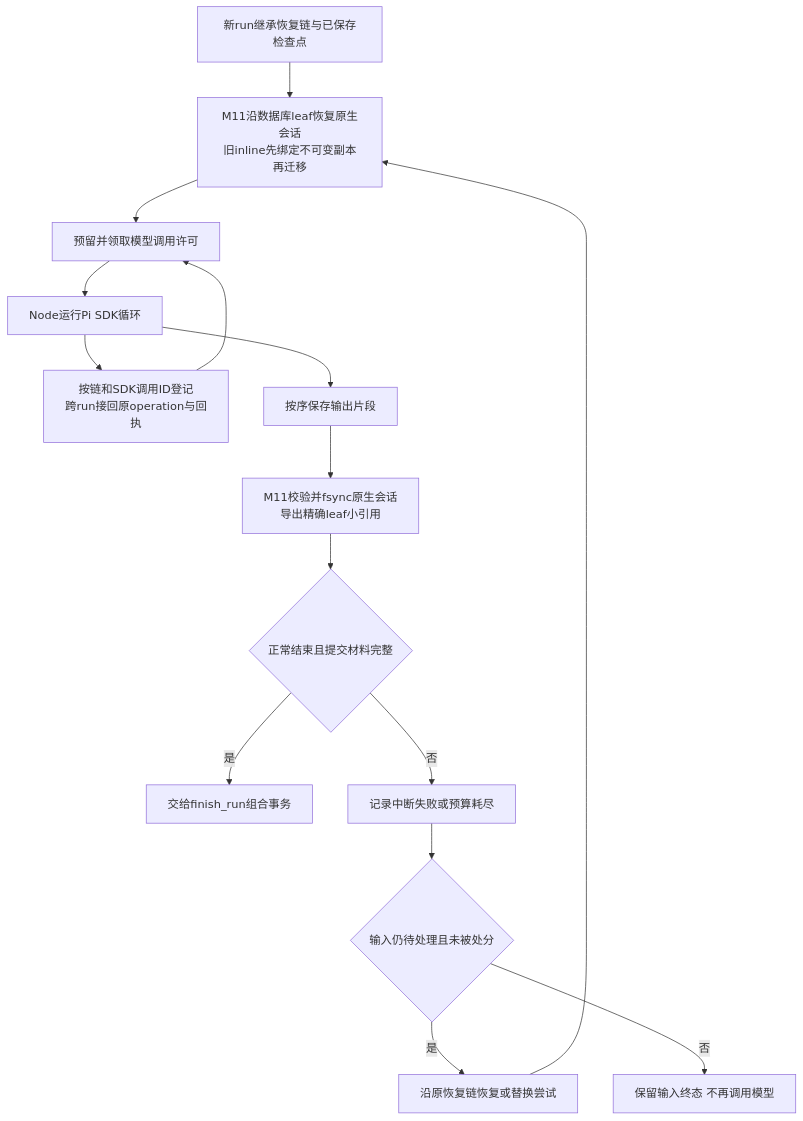
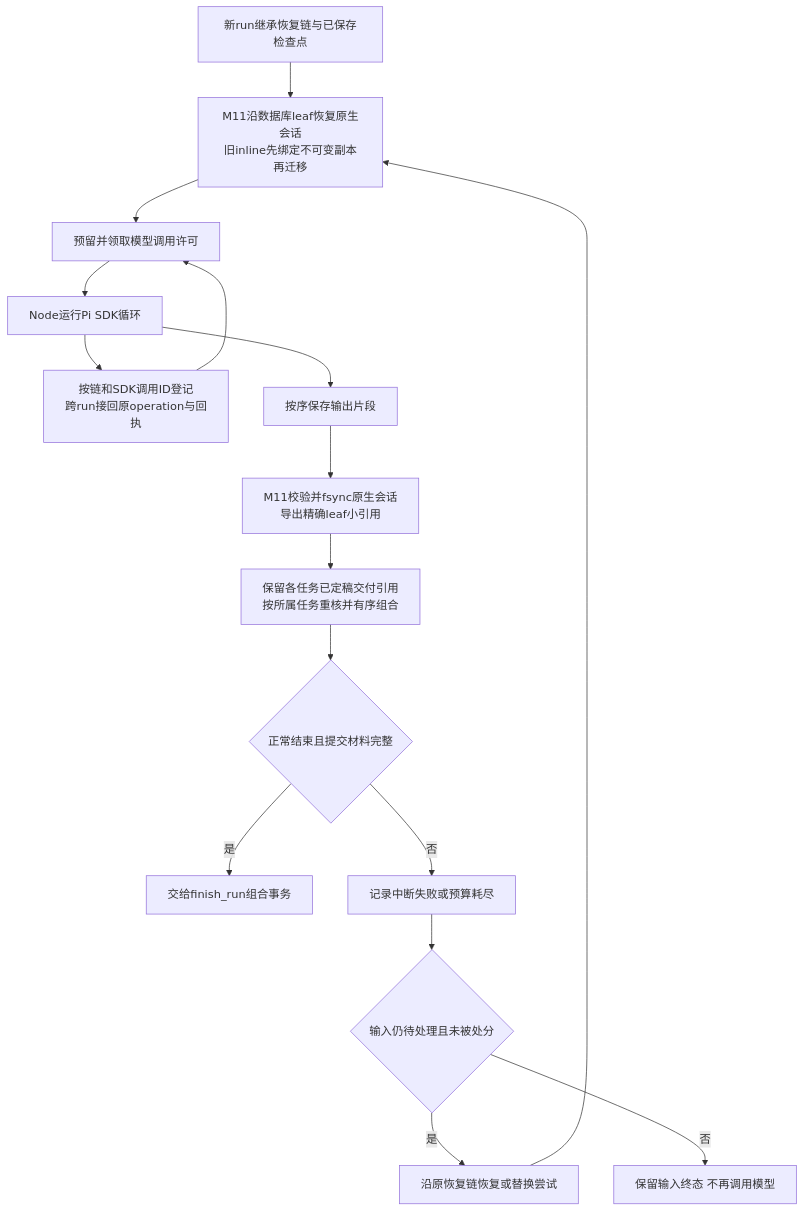
Before and after one commit to yaoziyaoguai/data_agent: the eighth of 8 diagrams in docs/architecture/runtime-modules.md, drawn with Mermaid. The commit also changed other lines of this file and 55 other files, not shown here.

````diff
--- a/docs/architecture/runtime-modules.md
+++ b/docs/architecture/runtime-modules.md
@@ -375,17 +391,18 @@
 ```mermaid
 flowchart TD
   A[新run继承恢复链与已保存检查点] --> Restore[M11沿数据库leaf恢复原生会话<br/>旧inline先绑定不可变副本再迁移]
   Restore --> B[预留并领取模型调用许可]
   B --> C[Node运行Pi SDK循环]
   C --> D[按链和SDK调用ID登记<br/>跨run接回原operation与回执]
   D --> B
   C --> E[按序保存输出片段]
   E --> Sync[M11校验并fsync原生会话<br/>导出精确leaf小引用]
-  Sync --> F{正常结束且提交材料完整}
+  Sync --> Parts[保留各任务已定稿交付引用<br/>按所属任务重核并有序组合]
+  Parts --> F{正常结束且提交材料完整}
   F -->|是| G[交给finish_run组合事务]
   F -->|否| H[记录中断失败或预算耗尽]
   H --> I{输入仍待处理且未被处分}
   I -->|是| Retry[沿原恢复链恢复或替换尝试]
   I -->|否| Stop[保留输入终态 不再调用模型]
   Retry --> Restore
 ```
````
